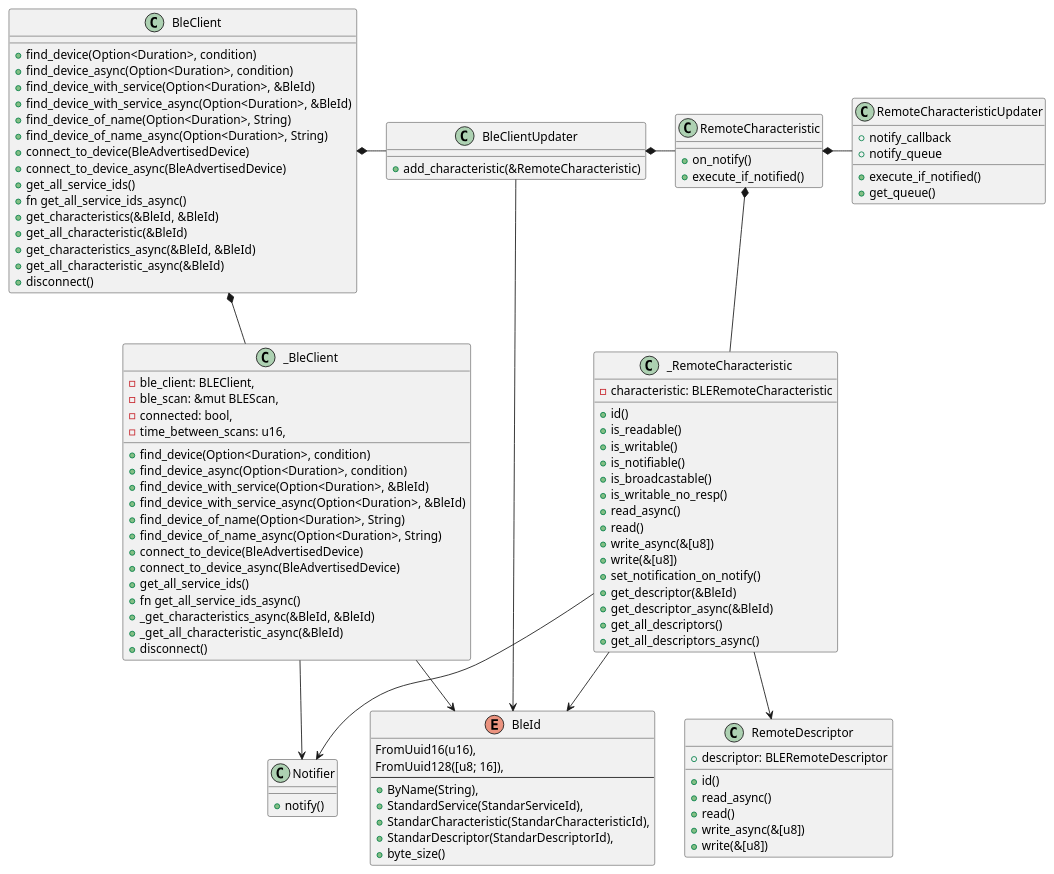
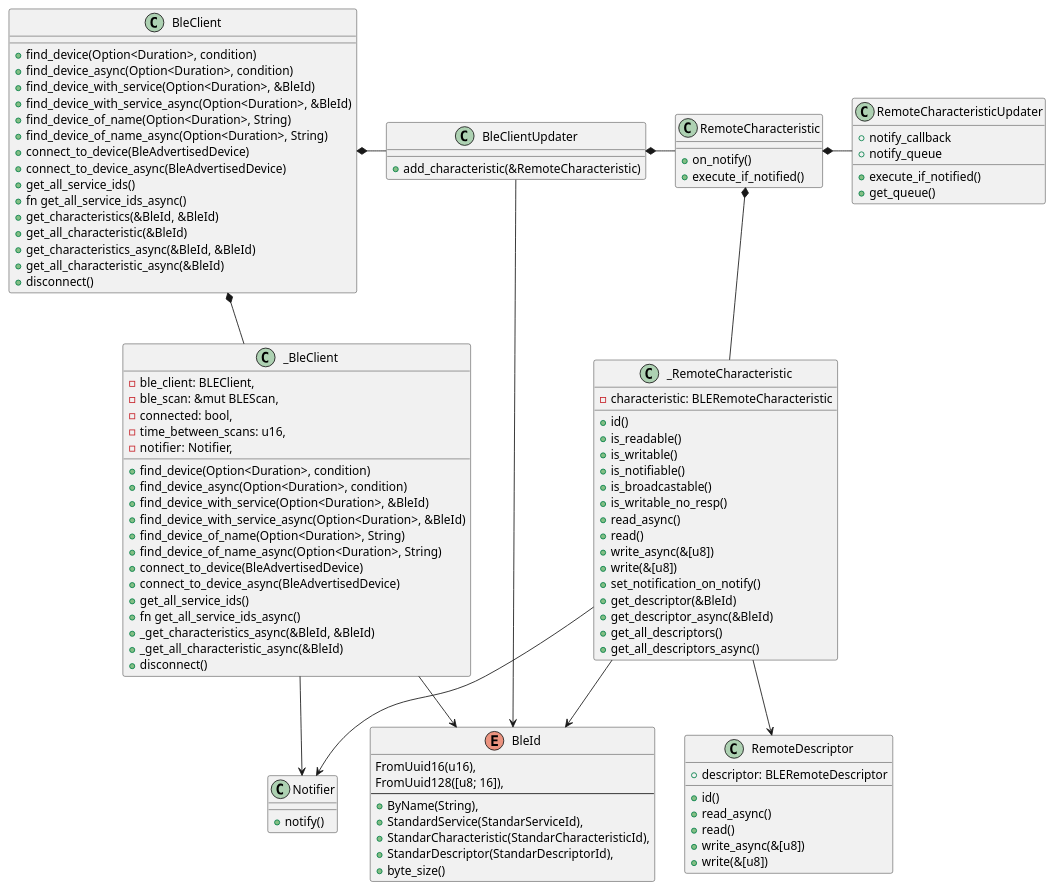
The diagram in diagrams/ble-client.puml (esp32framework/esp32framework), drawn with PlantUML before and after one commit. The commit also changed 3 other files, not shown here.

Commit message:
Microcontroller diagram update

```diff
--- a/diagrams/ble-client.puml
+++ b/diagrams/ble-client.puml
@@ -1,113 +1,114 @@
 @startuml Ble client
 
 class BleClient {
     + find_device(Option<Duration>, condition)
     + find_device_async(Option<Duration>, condition)
     + find_device_with_service(Option<Duration>, &BleId)
     + find_device_with_service_async(Option<Duration>, &BleId)
     + find_device_of_name(Option<Duration>, String)
     + find_device_of_name_async(Option<Duration>, String)
     + connect_to_device(BleAdvertisedDevice)
     + connect_to_device_async(BleAdvertisedDevice)
     + get_all_service_ids()
     + fn get_all_service_ids_async()
     + get_characteristics(&BleId, &BleId)
     + get_all_characteristic(&BleId)
     + get_characteristics_async(&BleId, &BleId)
     + get_all_characteristic_async(&BleId)
     + disconnect()
 }
 
 class _BleClient{
     - ble_client: BLEClient,
     - ble_scan: &mut BLEScan,
     - connected: bool,
     - time_between_scans: u16,
+    - notifier: Notifier,
     + find_device(Option<Duration>, condition)
     + find_device_async(Option<Duration>, condition)
     + find_device_with_service(Option<Duration>, &BleId)
     + find_device_with_service_async(Option<Duration>, &BleId)
     + find_device_of_name(Option<Duration>, String)
     + find_device_of_name_async(Option<Duration>, String)
     + connect_to_device(BleAdvertisedDevice)
     + connect_to_device_async(BleAdvertisedDevice)
     + get_all_service_ids()
     + fn get_all_service_ids_async()
     + _get_characteristics_async(&BleId, &BleId)
     + _get_all_characteristic_async(&BleId)
     + disconnect()
 }
 
 class BleClientUpdater{
     + add_characteristic(&RemoteCharacteristic)
     
 }
 
 
 class RemoteCharacteristic{
     + on_notify()
     + execute_if_notified()
 }
 
 class _RemoteCharacteristic{
     - characteristic: BLERemoteCharacteristic
     + id()
     + is_readable()
     + is_writable()
     + is_notifiable()
     + is_broadcastable()
     + is_writable_no_resp()
     + read_async()
     + read()
     + write_async(&[u8])
     + write(&[u8])
     + set_notification_on_notify()
     + get_descriptor(&BleId)
     + get_descriptor_async(&BleId)
     + get_all_descriptors()
     + get_all_descriptors_async()
 }
 
 class Notifier{
     + notify()
 }
 
 class RemoteCharacteristicUpdater{
     + notify_callback
     + notify_queue
     + execute_if_notified()
     + get_queue()
 }
 
 class RemoteDescriptor{
     + descriptor: BLERemoteDescriptor
     + id()
     + read_async()
     + read()
     + write_async(&[u8])
     + write(&[u8])
 }
 
 enum BleId {
     FromUuid16(u16),
     FromUuid128([u8; 16]),
     --
     + ByName(String),
     + StandardService(StandarServiceId),
     + StandarCharacteristic(StandarCharacteristicId),
     + StandarDescriptor(StandarDescriptorId),
     + byte_size()
 }
 
 BleClient *-- _BleClient 
 BleClient *- BleClientUpdater
 BleClientUpdater *- RemoteCharacteristic
 BleClientUpdater -> BleId 
 RemoteCharacteristic *- RemoteCharacteristicUpdater
 RemoteCharacteristic *-- _RemoteCharacteristic
 _RemoteCharacteristic -down-> Notifier
 _RemoteCharacteristic -down-> RemoteDescriptor
 _RemoteCharacteristic --> BleId
 _BleClient --> Notifier
 _BleClient --> BleId
 @enduml
```
